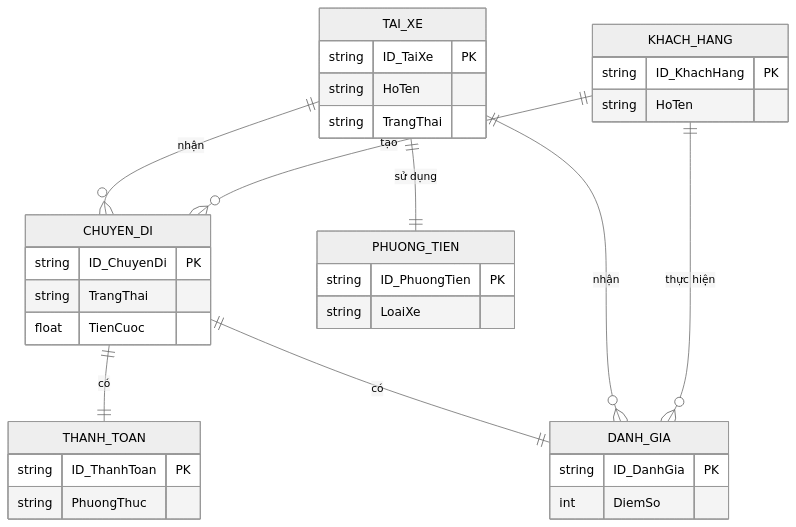
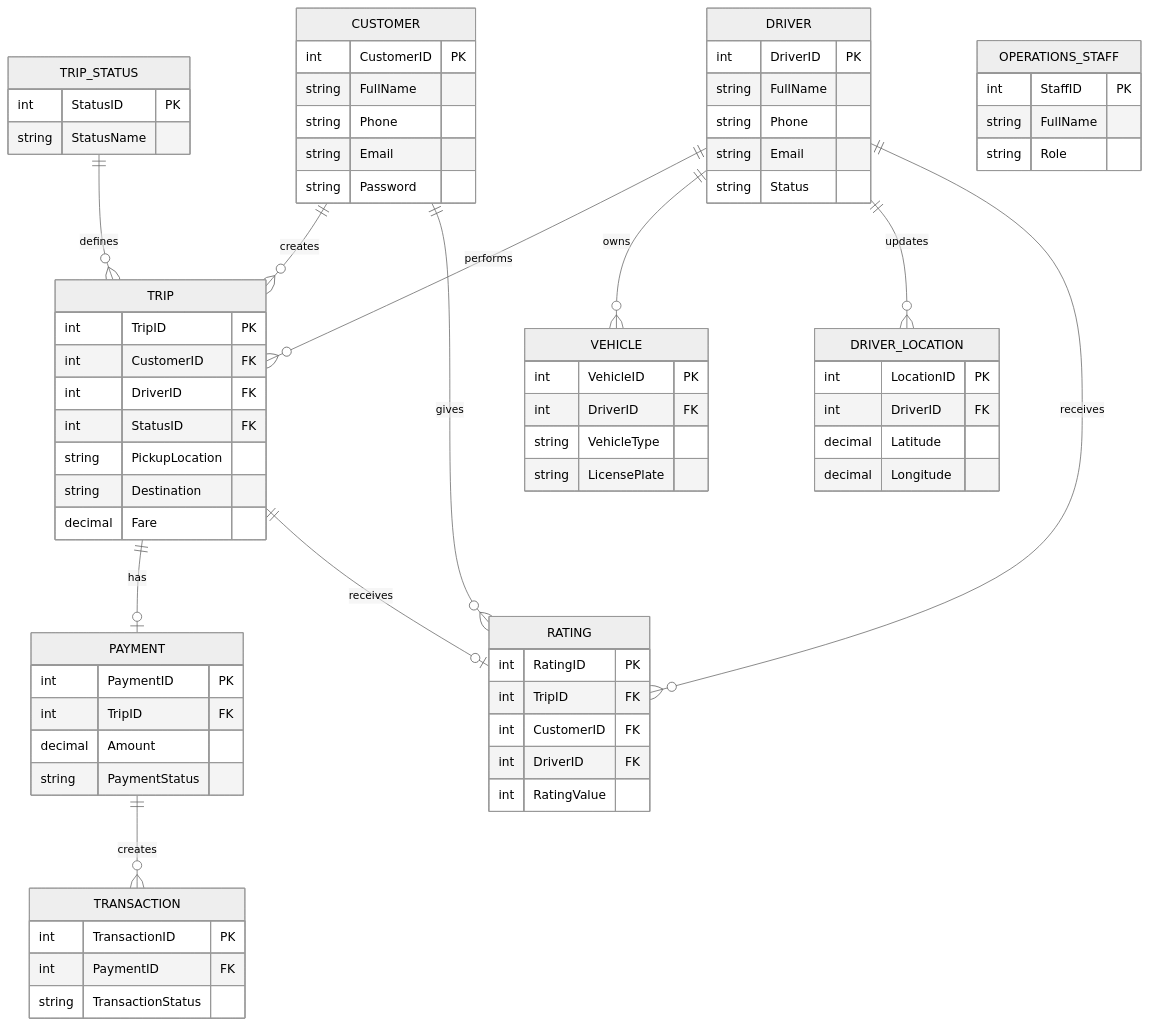
The second of 3 diagrams in srs.md (MyOanh25/23722681_NguyenThiMyOanh_CAPSYSTEMS), drawn with Mermaid (neutral theme) before and after one commit. The commit also changed other lines of this file, not shown here.

````diff
--- a/srs.md
+++ b/srs.md
@@ -216,39 +380,96 @@
 ```mermaid
 erDiagram
-    KHACH_HANG ||--o{ CHUYEN_DI : "tạo"
-    KHACH_HANG ||--o{ DANH_GIA : "thực hiện"
-    
-    TAI_XE ||--|| PHUONG_TIEN : "sử dụng"
-    TAI_XE ||--o{ CHUYEN_DI : "nhận"
-    TAI_XE ||--o{ DANH_GIA : "nhận"
-    
-    CHUYEN_DI ||--|| THANH_TOAN : "có"
-    CHUYEN_DI ||--|| DANH_GIA : "có"
-    
-    KHACH_HANG {
-        string ID_KhachHang PK
-        string HoTen
-    }
-    TAI_XE {
-        string ID_TaiXe PK
-        string HoTen
-        string TrangThai
-    }
-    PHUONG_TIEN {
-        string ID_PhuongTien PK
-        string LoaiXe
-    }
-    CHUYEN_DI {
-        string ID_ChuyenDi PK
-        string TrangThai
-        float TienCuoc
-    }
-    THANH_TOAN {
-        string ID_ThanhToan PK
-        string PhuongThuc
-    }
-    DANH_GIA {
-        string ID_DanhGia PK
-        int DiemSo
-    }
+
+CUSTOMER ||--o{ TRIP : creates
+
+DRIVER ||--o{ TRIP : performs
+
+DRIVER ||--o{ VEHICLE : owns
+
+DRIVER ||--o{ DRIVER_LOCATION : updates
+
+TRIP_STATUS ||--o{ TRIP : defines
+
+TRIP ||--o| PAYMENT : has
+
+PAYMENT ||--o{ TRANSACTION : creates
+
+TRIP ||--o| RATING : receives
+
+CUSTOMER ||--o{ RATING : gives
+
+DRIVER ||--o{ RATING : receives
+
+
+CUSTOMER {
+    int CustomerID PK
+    string FullName
+    string Phone
+    string Email
+    string Password
+}
+
+DRIVER {
+    int DriverID PK
+    string FullName
+    string Phone
+    string Email
+    string Status
+}
+
+VEHICLE {
+    int VehicleID PK
+    int DriverID FK
+    string VehicleType
+    string LicensePlate
+}
+
+TRIP {
+    int TripID PK
+    int CustomerID FK
+    int DriverID FK
+    int StatusID FK
+    string PickupLocation
+    string Destination
+    decimal Fare
+}
+
+TRIP_STATUS {
+    int StatusID PK
+    string StatusName
+}
+
+PAYMENT {
+    int PaymentID PK
+    int TripID FK
+    decimal Amount
+    string PaymentStatus
+}
+
+TRANSACTION {
+    int TransactionID PK
+    int PaymentID FK
+    string TransactionStatus
+}
+
+DRIVER_LOCATION {
+    int LocationID PK
+    int DriverID FK
+    decimal Latitude
+    decimal Longitude
+}
+
+RATING {
+    int RatingID PK
+    int TripID FK
+    int CustomerID FK
+    int DriverID FK
+    int RatingValue
+}
+
+OPERATIONS_STAFF {
+    int StaffID PK
+    string FullName
+    string Role
+}
 ```
````
